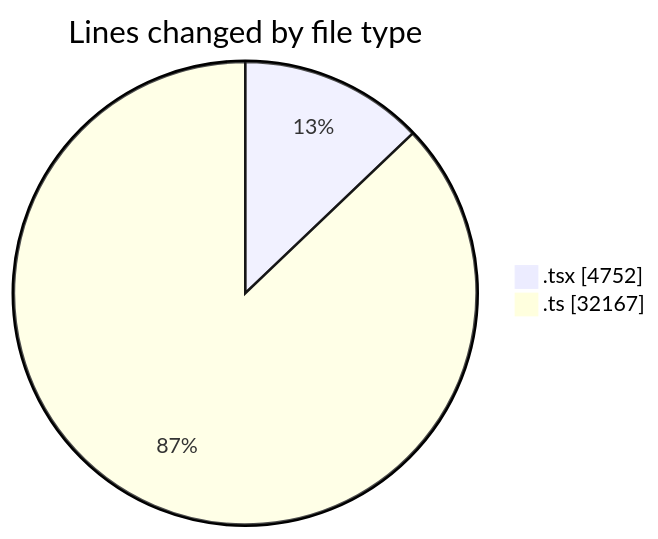
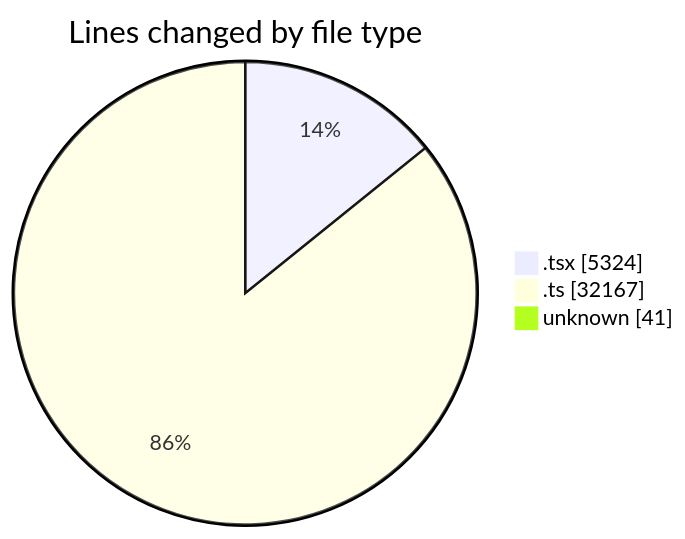
The first of 2 diagrams in 2025-07-07/cda/README.md (momahboobian/code-tracking), drawn with Mermaid before and after one commit. The commit also changed other lines of this file and 1 other file, not shown here.

````diff
--- a/2025-07-07/cda/README.md
+++ b/2025-07-07/cda/README.md
@@ -33,6 +34,7 @@
 ```mermaid
 pie showData
 title Lines changed by file type
-".tsx" : 4752
+".tsx" : 5324
 ".ts" : 32167
+"unknown" : 41
 ```
````
